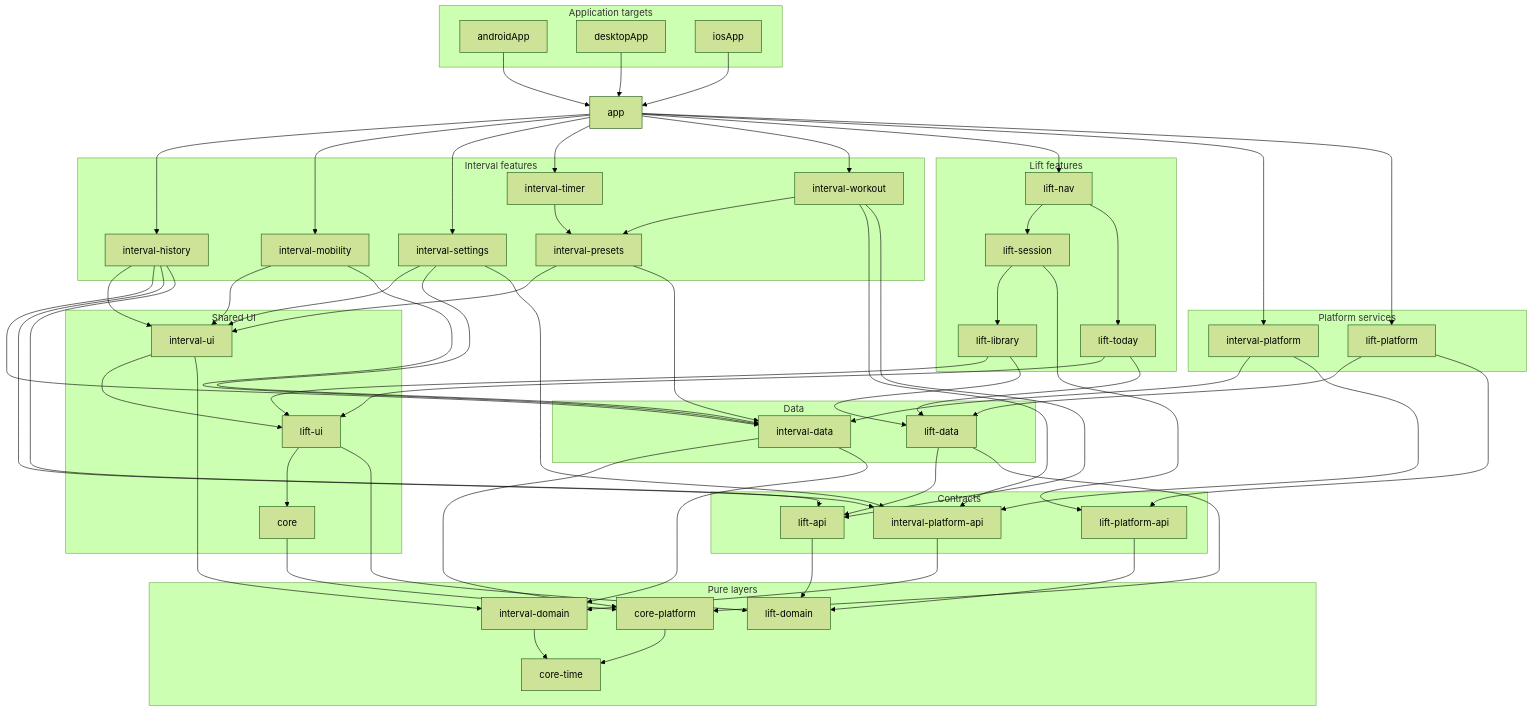
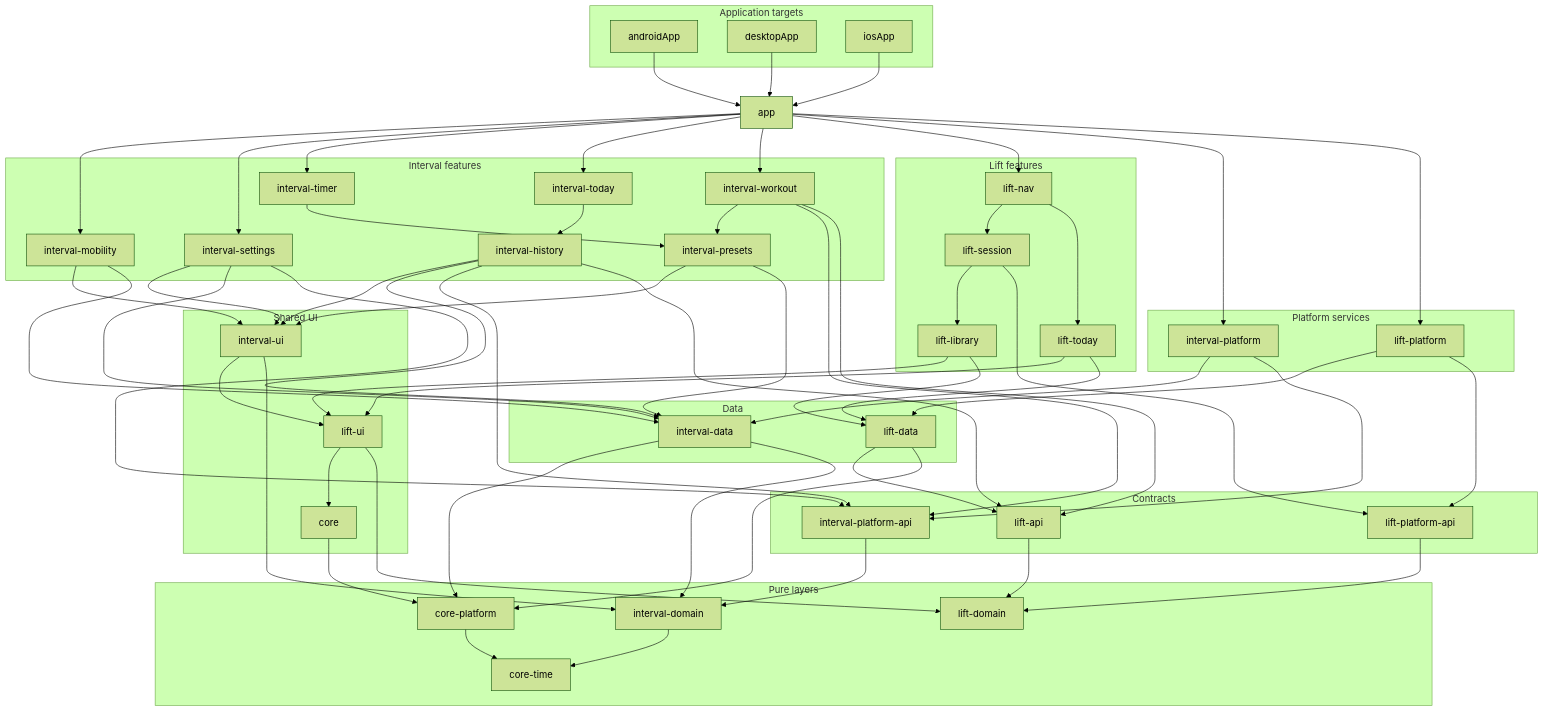
Before and after one commit to smithjustinn84-netizen/interval: the first of 2 diagrams in docs/architecture.md, drawn with Mermaid (forest theme). The commit also changed other lines of this file and 41 other files, not shown here.

```diff
--- a/docs/architecture.md
+++ b/docs/architecture.md
@@ -37,6 +37,7 @@
         intervalPresets["interval-presets"]
         intervalSettings["interval-settings"]
         intervalTimer["interval-timer"]
+        intervalToday["interval-today"]
         intervalWorkout["interval-workout"]
     end
 
@@ -80,10 +81,10 @@
     desktopApp --> app
     iosApp --> app
 
-    app --> intervalHistory
     app --> intervalMobility
     app --> intervalSettings
     app --> intervalTimer
+    app --> intervalToday
     app --> intervalWorkout
     app --> liftNav
     app --> intervalPlatform
@@ -101,6 +102,7 @@
     intervalSettings --> intervalData
     intervalSettings --> intervalPlatformApi
     intervalTimer --> intervalPresets
+    intervalToday --> intervalHistory
     intervalWorkout --> intervalPresets
     intervalWorkout --> intervalPlatformApi
     intervalWorkout --> liftApi
```
